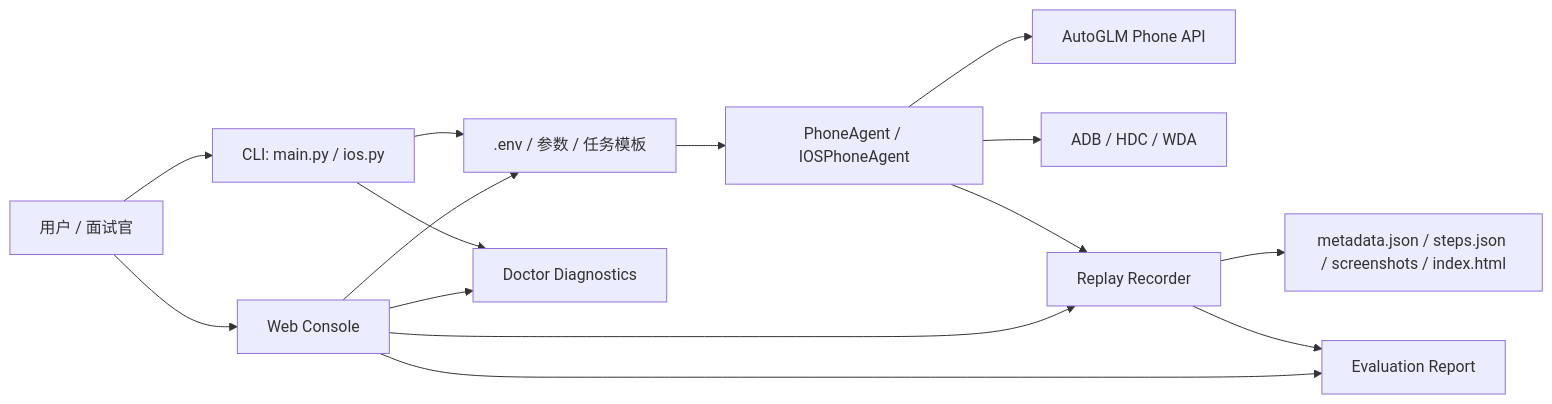
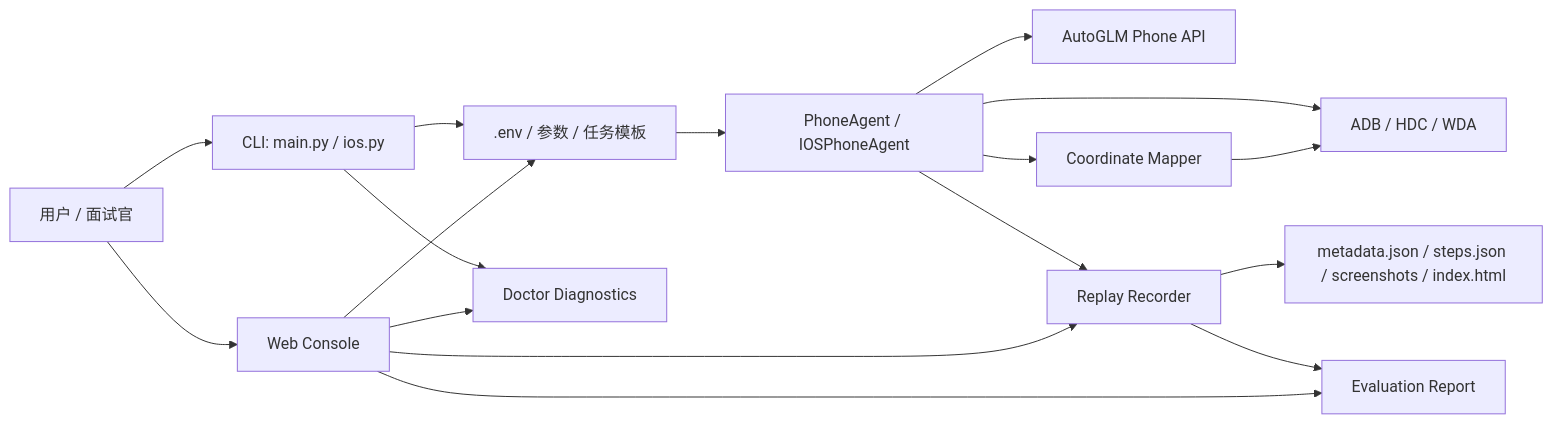
Before and after one commit to hyqhyqhyq123/BetterGLM: the diagram in docs/betterglm_portfolio.md, drawn with Mermaid. The commit also changed other lines of this file and 8 other files, not shown here.

````diff
--- a/docs/betterglm_portfolio.md
+++ b/docs/betterglm_portfolio.md
@@ -24,17 +25,19 @@
 ```mermaid
 flowchart LR
     User["用户 / 面试官"] --> CLI["CLI: main.py / ios.py"]
     User --> Web["Web Console"]
     CLI --> Config[".env / 参数 / 任务模板"]
     Web --> Config
     Config --> Agent["PhoneAgent / IOSPhoneAgent"]
     Agent --> Model["AutoGLM Phone API"]
     Agent --> Device["ADB / HDC / WDA"]
+    Agent --> Mapper["Coordinate Mapper"]
+    Mapper --> Device
     Agent --> Replay["Replay Recorder"]
     Replay --> Artifacts["metadata.json / steps.json / screenshots / index.html"]
     Replay --> Eval["Evaluation Report"]
     Web --> Replay
     Web --> Eval
     CLI --> Doctor["Doctor Diagnostics"]
     Web --> Doctor
 ```
````
